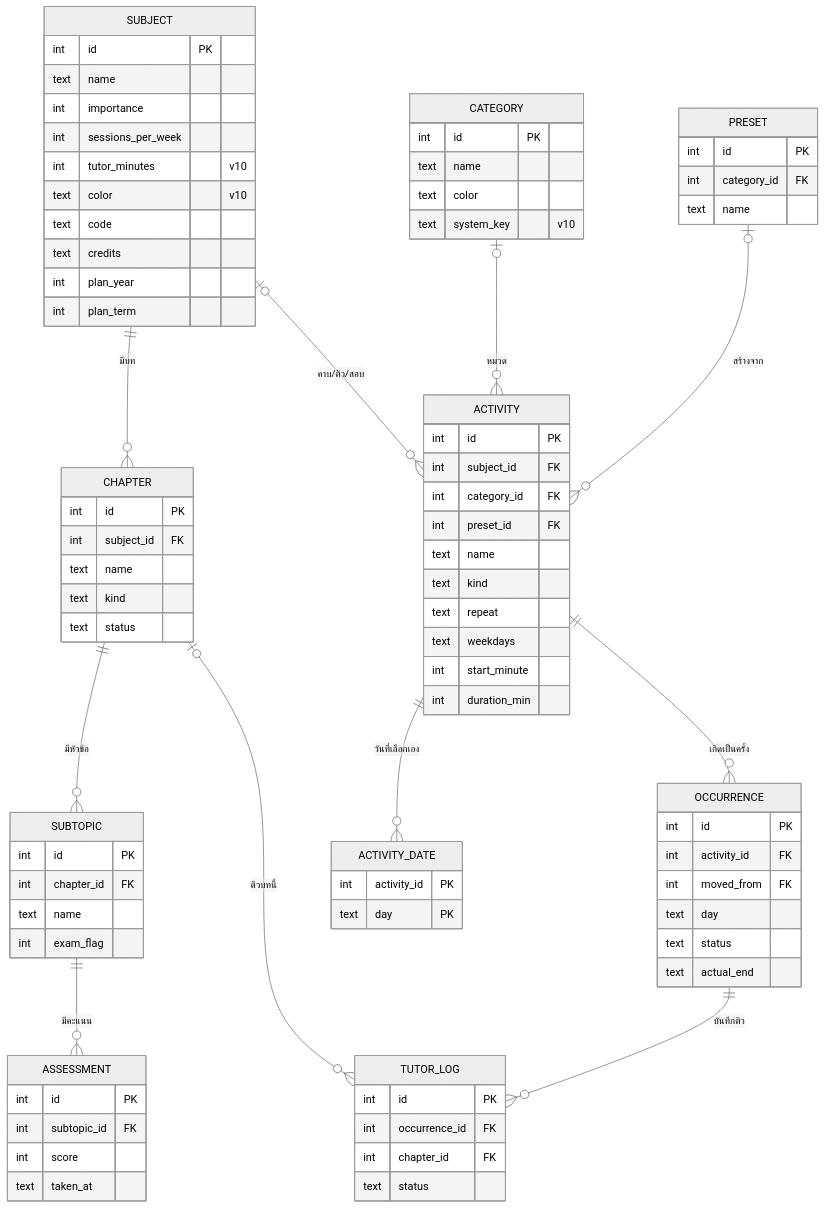
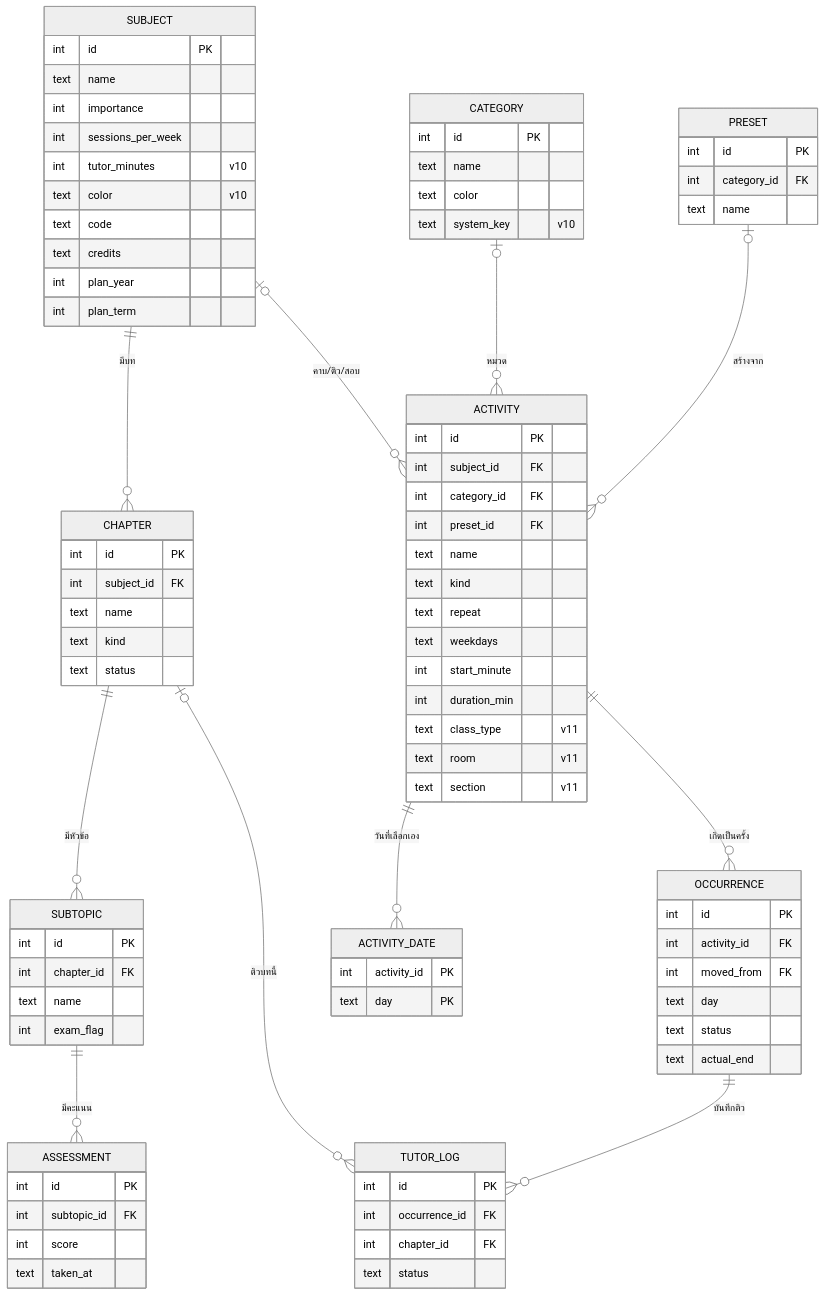
The diagram in docs/diagrams/er.mmd (Blue-sky213/Manager-App), drawn with Mermaid (neutral theme) before and after one commit. The commit also changed 11 other files, not shown here.

First line of the commit message:
feat(study): class type, room and section (DB v11) with credit-hour check

```diff
--- a/docs/diagrams/er.mmd
+++ b/docs/diagrams/er.mmd
@@ -1,83 +1,86 @@
 erDiagram
   SUBJECT ||--o{ CHAPTER : "มีบท"
   CHAPTER ||--o{ SUBTOPIC : "มีหัวข้อ"
   SUBTOPIC ||--o{ ASSESSMENT : "มีคะแนน"
   SUBJECT |o--o{ ACTIVITY : "คาบ/ติว/สอบ"
   CATEGORY |o--o{ ACTIVITY : "หมวด"
   PRESET |o--o{ ACTIVITY : "สร้างจาก"
   ACTIVITY ||--o{ ACTIVITY_DATE : "วันที่เลือกเอง"
   ACTIVITY ||--o{ OCCURRENCE : "เกิดเป็นครั้ง"
   OCCURRENCE ||--o{ TUTOR_LOG : "บันทึกติว"
   CHAPTER |o--o{ TUTOR_LOG : "ติวบทนี้"
   SUBJECT {
     int id PK
     text name
     int importance
     int sessions_per_week
     int tutor_minutes "v10"
     text color "v10"
     text code
     text credits
     int plan_year
     int plan_term
   }
   CHAPTER {
     int id PK
     int subject_id FK
     text name
     text kind
     text status
   }
   SUBTOPIC {
     int id PK
     int chapter_id FK
     text name
     int exam_flag
   }
   ASSESSMENT {
     int id PK
     int subtopic_id FK
     int score
     text taken_at
   }
   CATEGORY {
     int id PK
     text name
     text color
     text system_key "v10"
   }
   PRESET {
     int id PK
     int category_id FK
     text name
   }
   ACTIVITY {
     int id PK
     int subject_id FK
     int category_id FK
     int preset_id FK
     text name
     text kind
     text repeat
     text weekdays
     int start_minute
     int duration_min
+    text class_type "v11"
+    text room "v11"
+    text section "v11"
   }
   ACTIVITY_DATE {
     int activity_id PK
     text day PK
   }
   OCCURRENCE {
     int id PK
     int activity_id FK
     int moved_from FK
     text day
     text status
     text actual_end
   }
   TUTOR_LOG {
     int id PK
     int occurrence_id FK
     int chapter_id FK
     text status
   }
```
